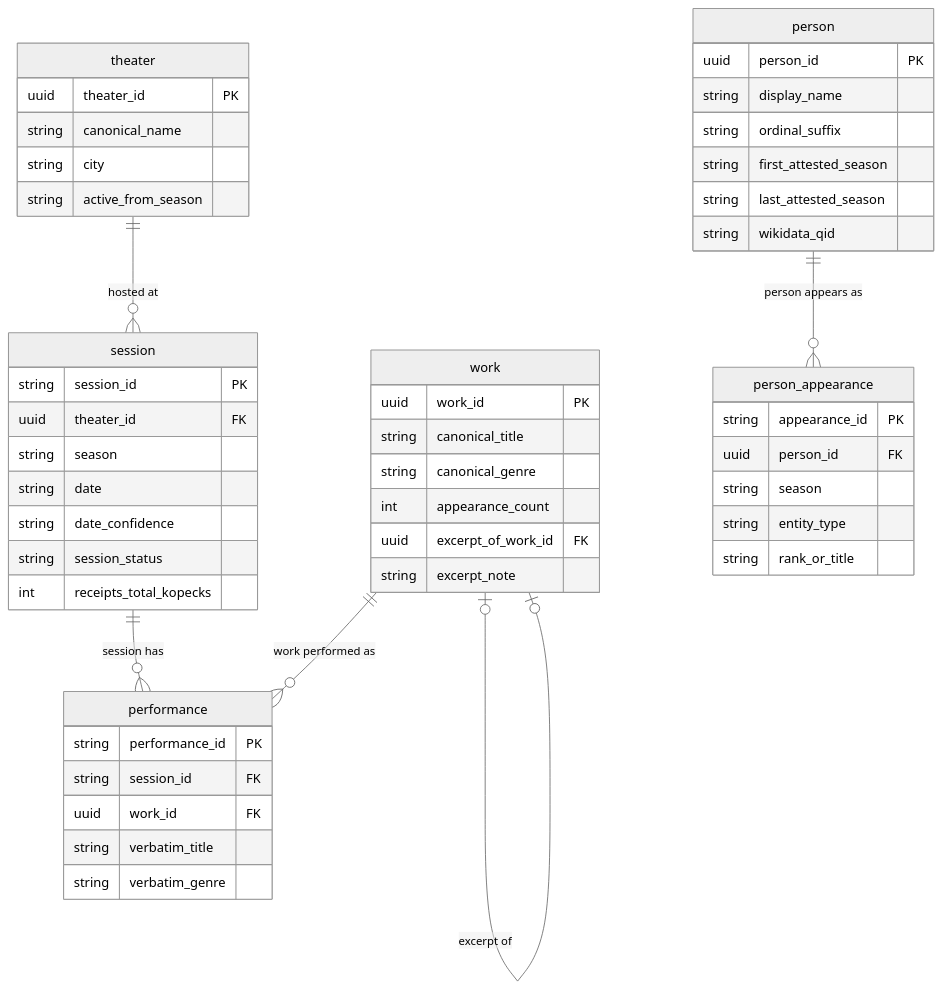
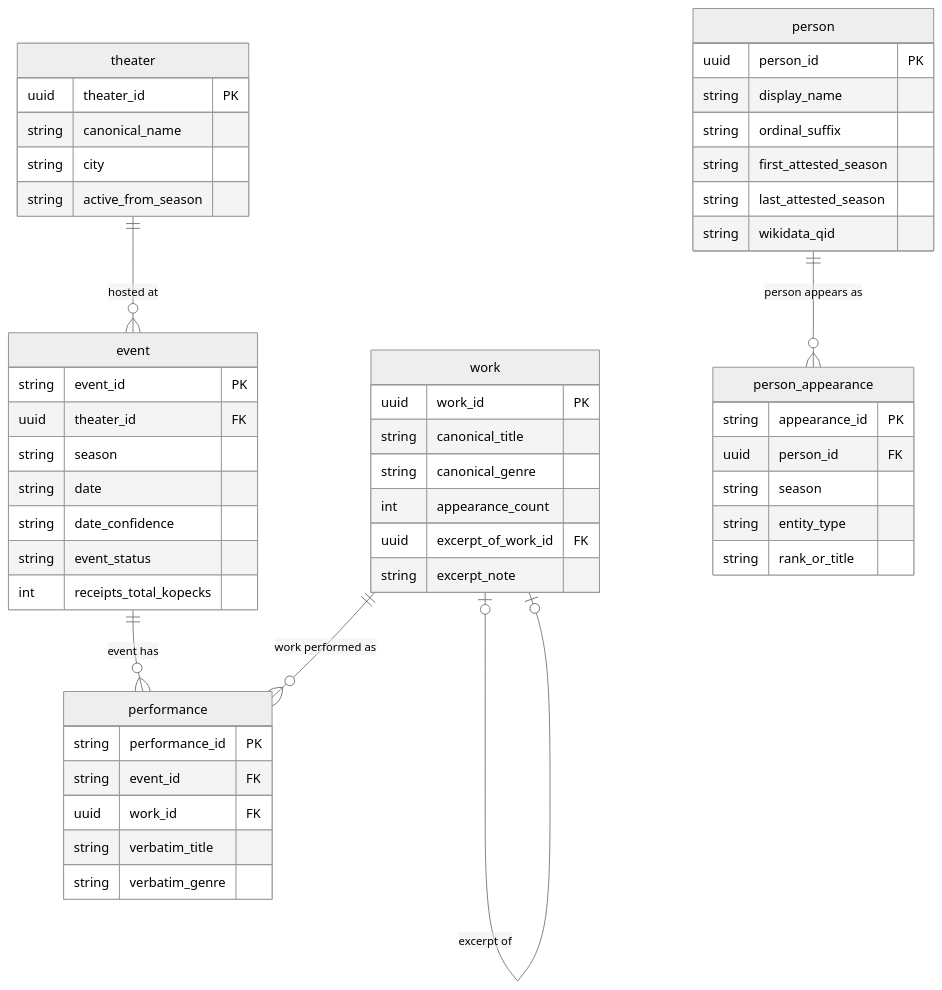
The second of 2 diagrams in README.md (PULdischo/imperial_russia_theatre_yearbooks), drawn with Mermaid (neutral theme) before and after one commit. The commit also changed other lines of this file and 39 other files, not shown here.

First line of the commit message:
Rename raw/analysis/entities/research schema per RG's docs/schema.md revision

````diff
--- a/README.md
+++ b/README.md
@@ -263,54 +263,54 @@
 ```mermaid
 erDiagram
     theater {
         uuid theater_id PK
         string canonical_name
         string city
         string active_from_season
     }
     work {
         uuid work_id PK
         string canonical_title
         string canonical_genre
         int appearance_count
         uuid excerpt_of_work_id FK
         string excerpt_note
     }
     person {
         uuid person_id PK
         string display_name
         string ordinal_suffix
         string first_attested_season
         string last_attested_season
         string wikidata_qid
     }
-    session {
-        string session_id PK
+    event {
+        string event_id PK
         uuid theater_id FK
         string season
         string date
         string date_confidence
-        string session_status
+        string event_status
         int receipts_total_kopecks
     }
     performance {
         string performance_id PK
-        string session_id FK
+        string event_id FK
         uuid work_id FK
         string verbatim_title
         string verbatim_genre
     }
     person_appearance {
         string appearance_id PK
         uuid person_id FK
         string season
         string entity_type
         string rank_or_title
     }
 
-    theater ||--o{ session : "hosted at"
-    session ||--o{ performance : "session has"
+    theater ||--o{ event : "hosted at"
+    event ||--o{ performance : "event has"
     work ||--o{ performance : "work performed as"
     work |o--o| work : "excerpt of"
     person ||--o{ person_appearance : "person appears as"
 ```
````
